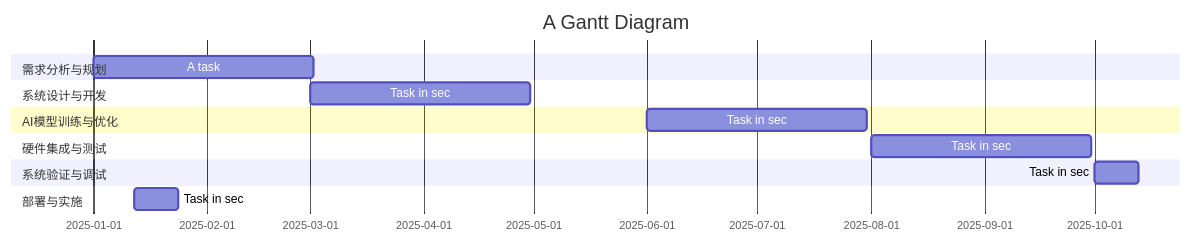
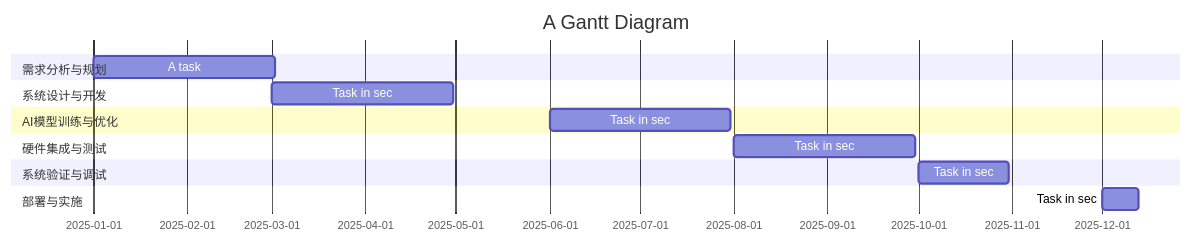
One commit to libobo6/iodraw-files changed the diagram in all/代码甘特图.md. Above: the diagram before and after it, drawn with Mermaid.

Commit message:
2025-01-14 10:56:38 update

````diff
--- a/all/代码甘特图.md
+++ b/all/代码甘特图.md
@@ -1,17 +1,17 @@
 ```mermaid
 gantt
     title A Gantt Diagram
     dateFormat  YYYY-MM-DD
     section 需求分析与规划
     A task           :2025-01-01, 60d
     section 系统设计与开发
     Task in sec      :2025-03-01, 60d
     section AI模型训练与优化
     Task in sec      :2025-06-01  , 60d
     section 硬件集成与测试
     Task in sec      :2025-08-01  , 60d
     section 系统验证与调试
-    Task in sec      :2025-10-01  , 12d
+    Task in sec      :2025-10-01  , 30d
     section 部署与实施
-    Task in sec      :2025-01-12  , 12d
+    Task in sec      :2025-12-01  , 12d
 ```
````
